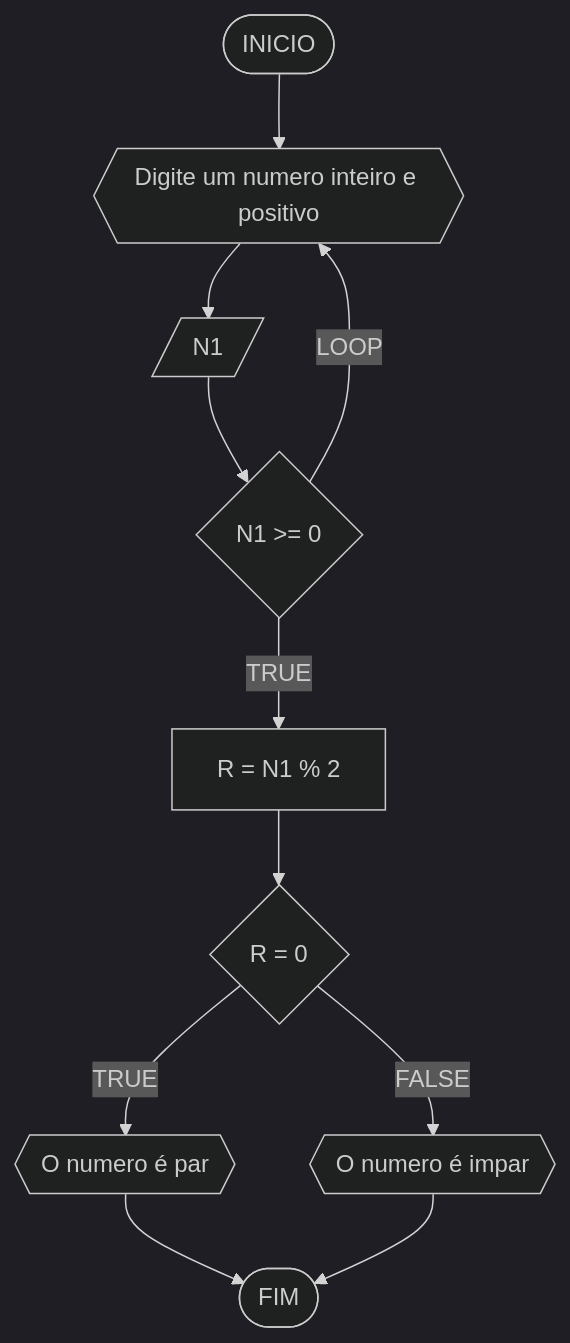
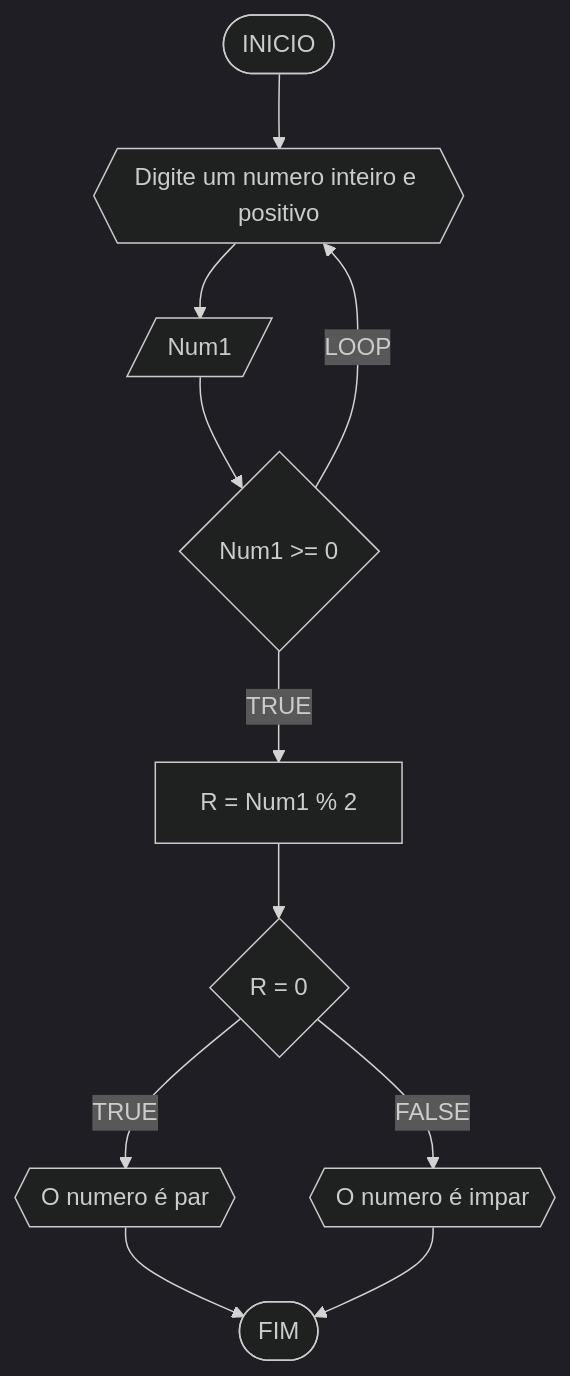
Before and after one commit to edudouraado/unifor: the third of 6 diagrams in RLA/unidade1/lista3.md, drawn with Mermaid (dark theme). The commit also changed other lines of this file, not shown here.

````diff
--- a/RLA/unidade1/lista3.md
+++ b/RLA/unidade1/lista3.md
@@ -102,13 +102,13 @@
 ```mermaid
 flowchart TD
 A([INICIO]) --> B{{Digite um numero inteiro e positivo}}
-B --> C[/N1/]
-C --> D{N1 >= 0}
+B --> C[/Num1/]
+C --> D{Num1 >= 0}
 D --LOOP--> B
-D --TRUE--> F[R = N1 % 2]
+D --TRUE--> F[R = Num1 % 2]
 F --> G{R = 0}
 G --TRUE--> H{{O numero é par}}
 G --FALSE--> I{{O numero é impar}}
 H --> J([FIM])
 I --> J
 ```
````
